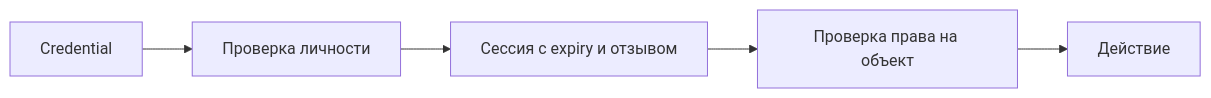
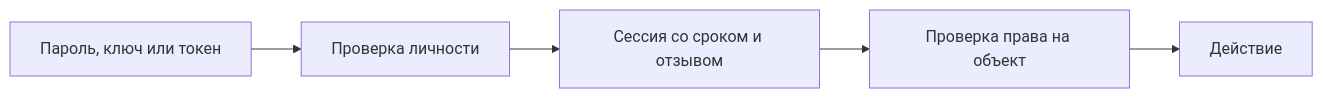
One commit to leary1337/vault changed the diagram in docs/security/authentication.md. Above: the diagram before and after it, drawn with Mermaid. The commit also changed other lines of this file and 325 other files, not shown here.

````diff
--- a/docs/security/authentication.md
+++ b/docs/security/authentication.md
@@ -61,7 +48,7 @@
 ```mermaid
 flowchart LR
- C[Credential] --> V[Проверка личности]
- V --> S[Сессия с expiry и отзывом]
+ C[Пароль, ключ или токен] --> V[Проверка личности]
+ V --> S[Сессия со сроком и отзывом]
  S --> P[Проверка права на объект]
  P --> A[Действие]
 ```
````
